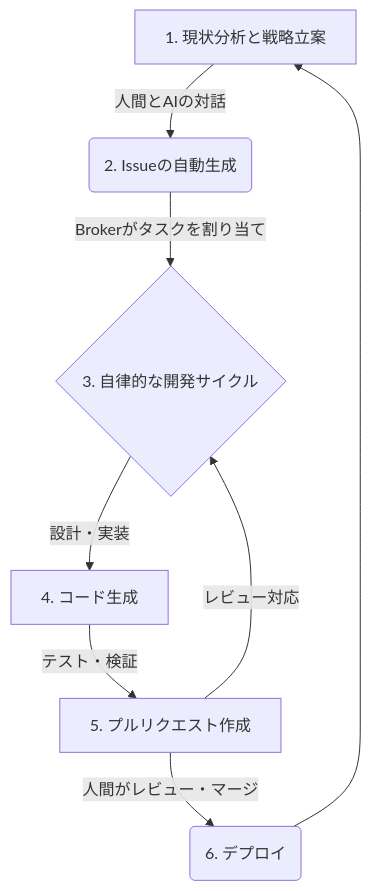
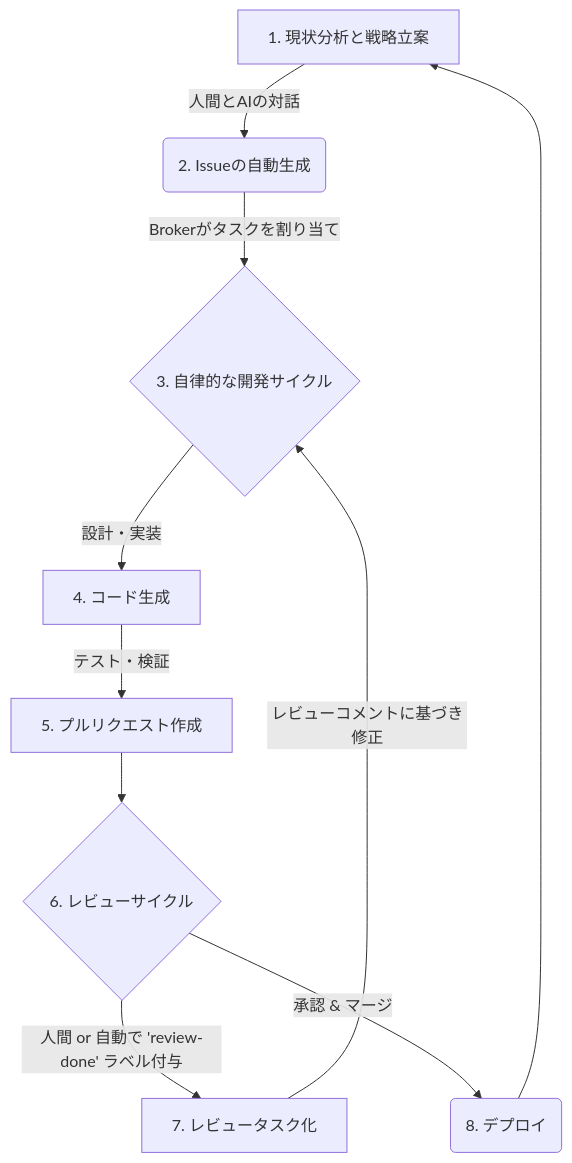
One commit to masa-codehub/github_broker changed the diagram in README.md. Above: the diagram before and after it, drawn with Mermaid. The commit also changed 2 other files, not shown here.

Commit message:
docs: Apply review comments to align docs with ADR006

````diff
--- a/README.md
+++ b/README.md
@@ -32,10 +32,12 @@
 ```mermaid
 graph TD
     A[1. 現状分析と戦略立案] -->|人間とAIの対話| B(2. Issueの自動生成);
     B -->|Brokerがタスクを割り当て| C{3. 自律的な開発サイクル};
     C -->|設計・実装| D[4. コード生成];
     D -->|テスト・検証| E[5. プルリクエスト作成];
-    E -->|人間がレビュー・マージ| F(6. デプロイ);
-    E -- レビュー対応 --> C;
-    F --> A;
+    E --> F{6. レビューサイクル};
+    F -->|人間 or 自動で 'review-done' ラベル付与| G[7. レビュータスク化];
+    G -- レビューコメントに基づき修正 --> C;
+    F -- 承認 & マージ --> H(8. デプロイ);
+    H --> A;
 ```
````
